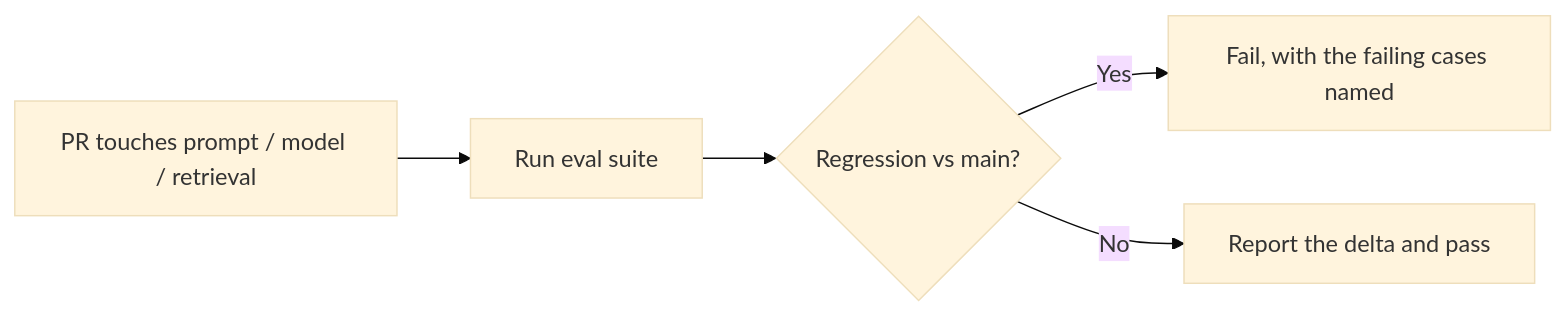
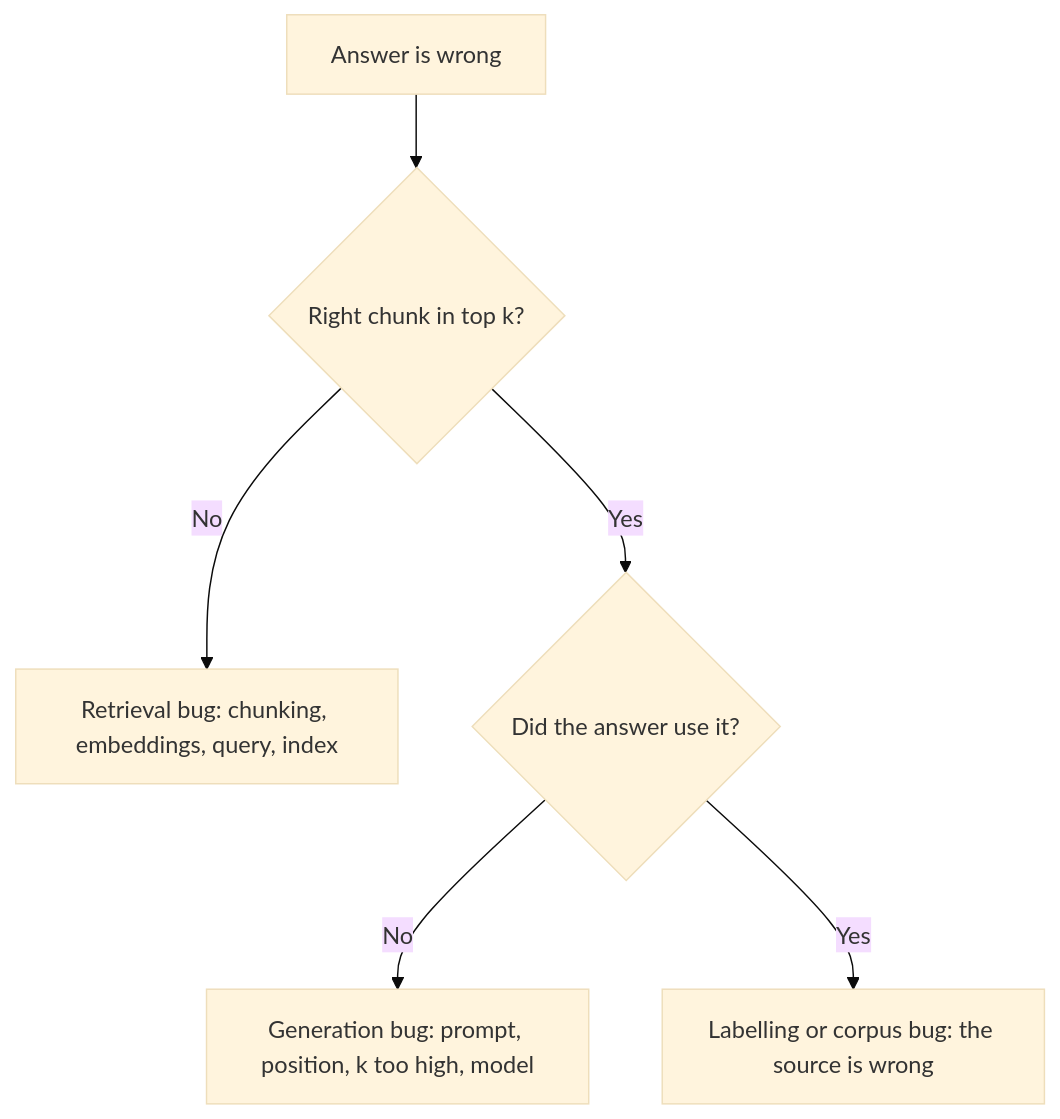
One commit to salmanbd100/full-stack-software-engineer-guide changed the diagram in AI/Production/01-evals.md. Above: the diagram before and after it, drawn with Mermaid (base theme). The commit also changed other lines of this file and 53 other files, not shown here.

````diff
--- a/AI/Production/01-evals.md
+++ b/AI/Production/01-evals.md
@@ -95,7 +118,8 @@
 ```mermaid
-flowchart LR
-  A[PR touches prompt / model / retrieval] --> B[Run eval suite]
-  B --> C{Regression vs main?}
-  C -- Yes --> D[Fail, with the failing cases named]
-  C -- No --> E[Report the delta and pass]
+flowchart TD
+  A[Answer is wrong] --> B{Right chunk in top k?}
+  B -- No --> C[Retrieval bug: chunking, embeddings, query, index]
+  B -- Yes --> D{Did the answer use it?}
+  D -- No --> E[Generation bug: prompt, position, k too high, model]
+  D -- Yes --> F[Labelling or corpus bug: the source is wrong]
 ```
````
